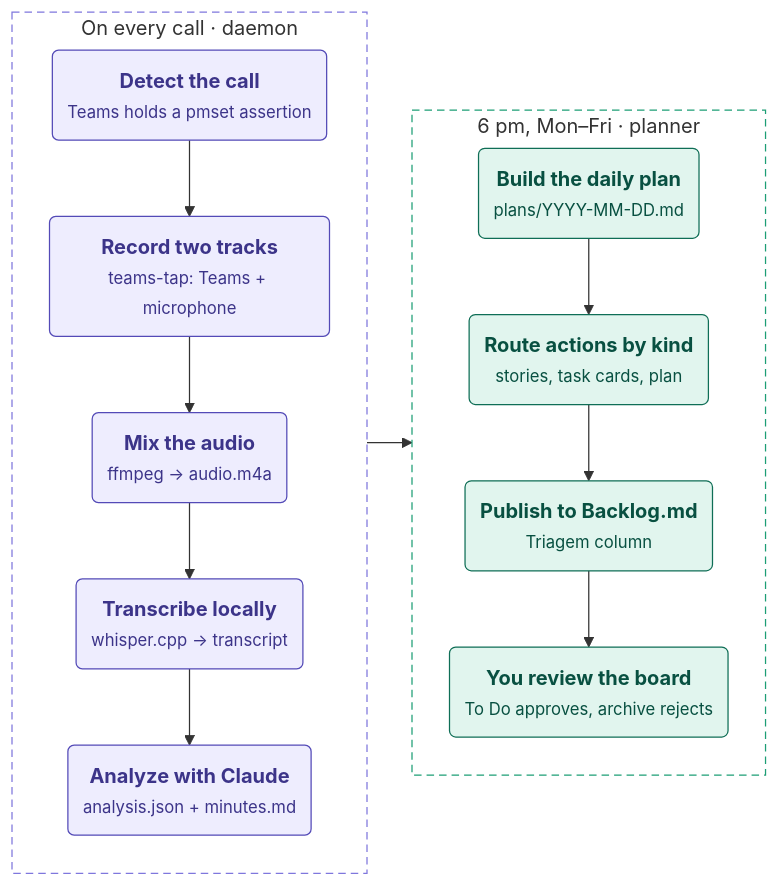
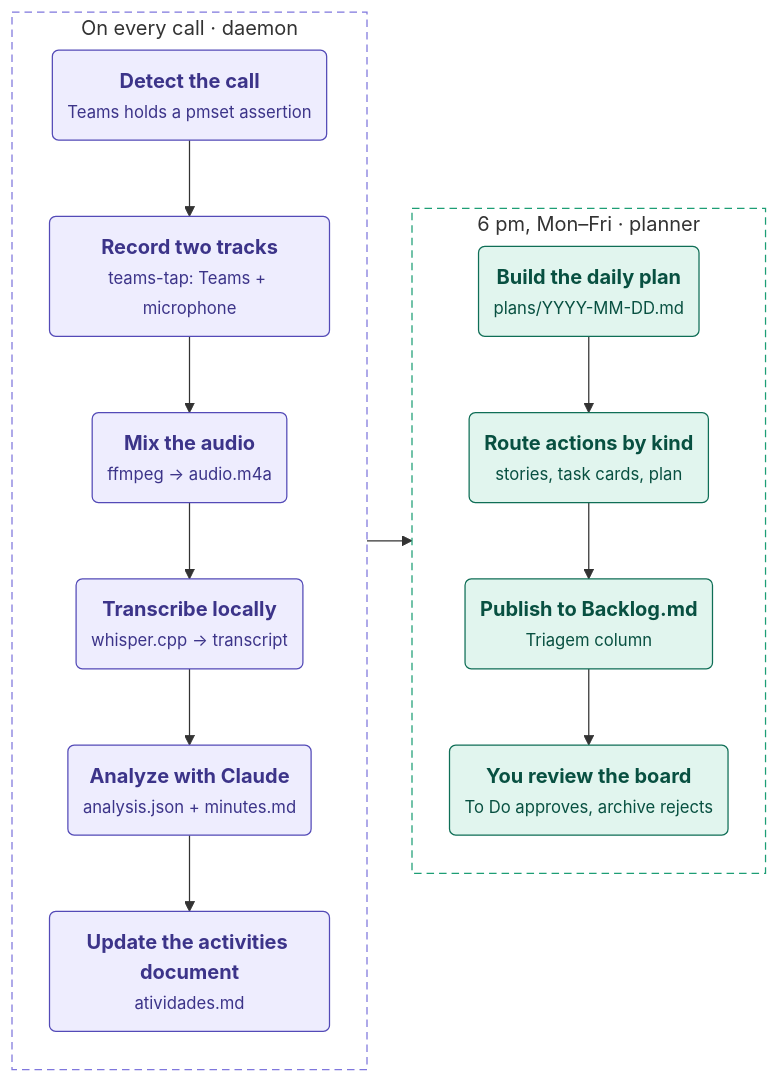
The first of 2 diagrams in README.md (felipmateus/meet-record), drawn with Mermaid before and after one commit. The commit also changed other lines of this file and 112 other files, not shown here.

First line of the commit message:
docs: specify the activities curator and document its shadow slice

````diff
--- a/README.md
+++ b/README.md
@@ -49,31 +51,32 @@
 ```mermaid
 %%{init: {"flowchart": {"nodeSpacing": 40, "rankSpacing": 36, "curve": "basis", "padding": 12}}}%%
 flowchart LR
     subgraph perCall["On every call · daemon"]
         direction TB
         detect("<b>Detect the call</b><br/><small>Teams holds a pmset assertion</small>")
         record("<b>Record two tracks</b><br/><small>teams-tap: Teams + microphone</small>")
         mix("<b>Mix the audio</b><br/><small>ffmpeg → audio.m4a</small>")
         transcribe("<b>Transcribe locally</b><br/><small>whisper.cpp → transcript</small>")
         analyze("<b>Analyze with Claude</b><br/><small>analysis.json + minutes.md</small>")
-        detect --> record --> mix --> transcribe --> analyze
+        curate("<b>Update the activities document</b><br/><small>atividades.md</small>")
+        detect --> record --> mix --> transcribe --> analyze --> curate
     end
 
     subgraph evening["6 pm, Mon–Fri · planner"]
         direction TB
         plan("<b>Build the daily plan</b><br/><small>plans/YYYY-MM-DD.md</small>")
         route("<b>Route actions by kind</b><br/><small>stories, task cards, plan</small>")
         publish("<b>Publish to Backlog.md</b><br/><small>Triagem column</small>")
         review("<b>You review the board</b><br/><small>To Do approves, archive rejects</small>")
         plan --> route --> publish --> review
     end
 
     perCall --> evening
 
     classDef daemon fill:#EEEDFE,stroke:#534AB7,stroke-width:1px,color:#3C3489
     classDef planner fill:#E1F5EE,stroke:#0F6E56,stroke-width:1px,color:#085041
-    class detect,record,mix,transcribe,analyze daemon
+    class detect,record,mix,transcribe,analyze,curate daemon
     class plan,route,publish,review planner
     style perCall fill:none,stroke:#7F77DD,stroke-width:1px,stroke-dasharray:6 4
     style evening fill:none,stroke:#1D9E75,stroke-width:1px,stroke-dasharray:6 4
 ```
````
